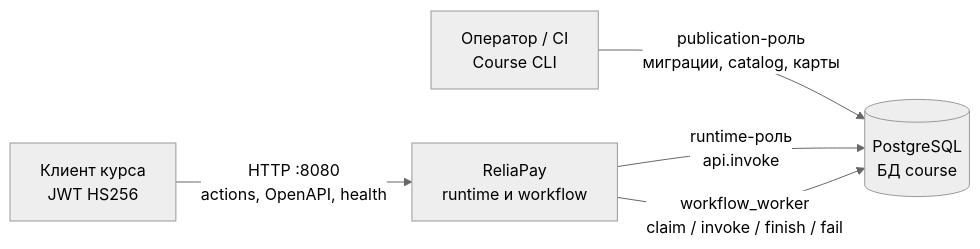
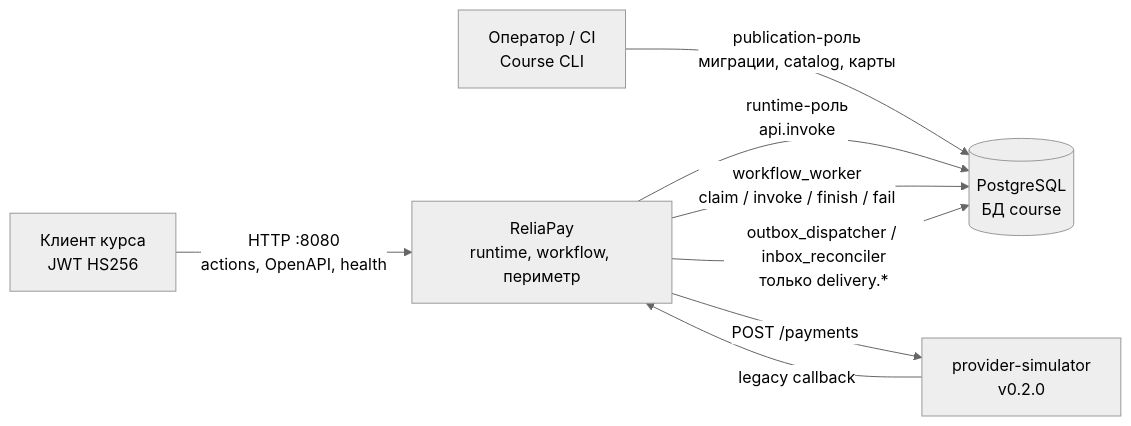
Before and after one commit to simbarilion/ReliaPay: the first of 2 diagrams in docs/c4-containers.md, drawn with Mermaid (neutral theme). The commit also changed other lines of this file and 5 other files, not shown here.

````diff
--- a/docs/c4-containers.md
+++ b/docs/c4-containers.md
@@ -9,12 +9,16 @@
 ```mermaid
 flowchart LR
   client["Клиент курса<br/>JWT HS256"]
   operator["Оператор / CI<br/>Course CLI"]
-  system["ReliaPay<br/>runtime и workflow"]
+  system["ReliaPay<br/>runtime, workflow, периметр"]
   db[("PostgreSQL<br/>БД course")]
+  provider["provider-simulator<br/>v0.2.0"]
 
   client -->|"HTTP :8080<br/>actions, OpenAPI, health"| system
   operator -->|"publication-роль<br/>миграции, catalog, карты"| db
   system -->|"runtime-роль<br/>api.invoke"| db
   system -->|"workflow_worker<br/>claim / invoke / finish / fail"| db
+  system -->|"outbox_dispatcher / inbox_reconciler<br/>только delivery.*"| db
+  system -->|"POST /payments"| provider
+  provider -->|"legacy callback"| system
 ```
````
